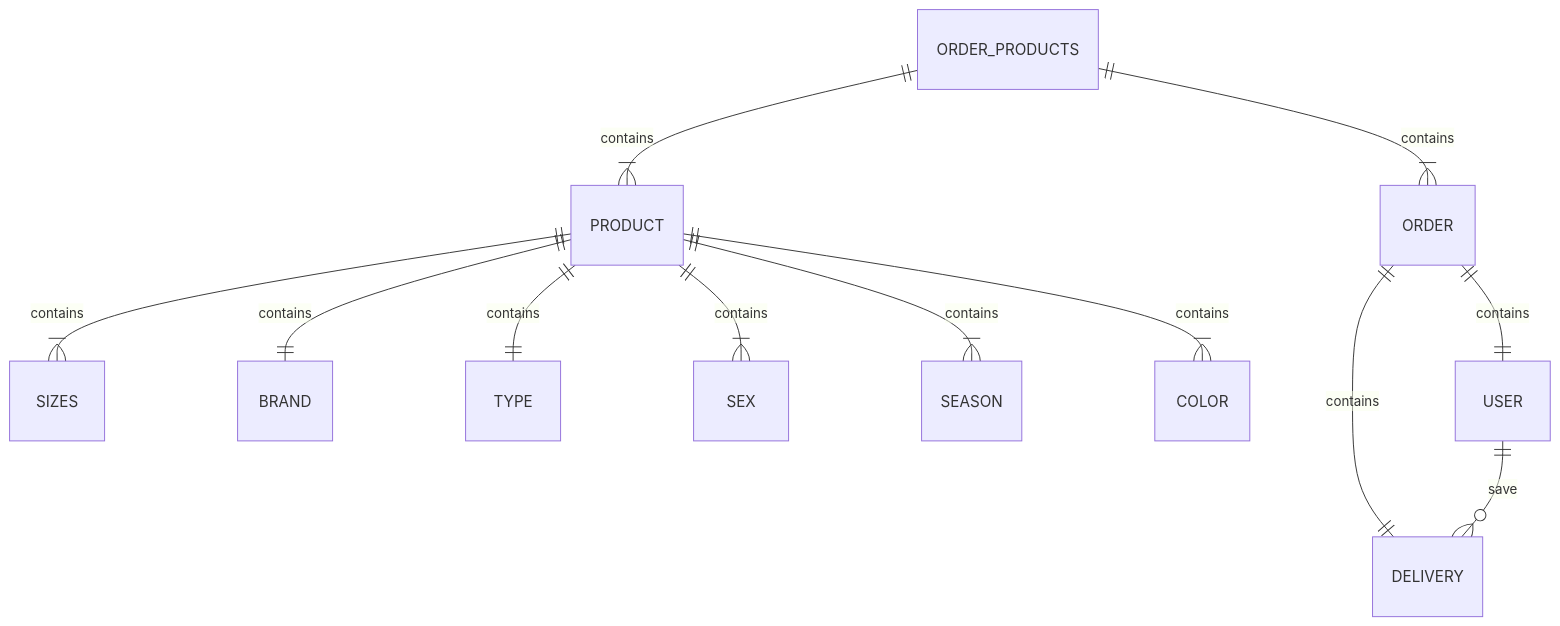
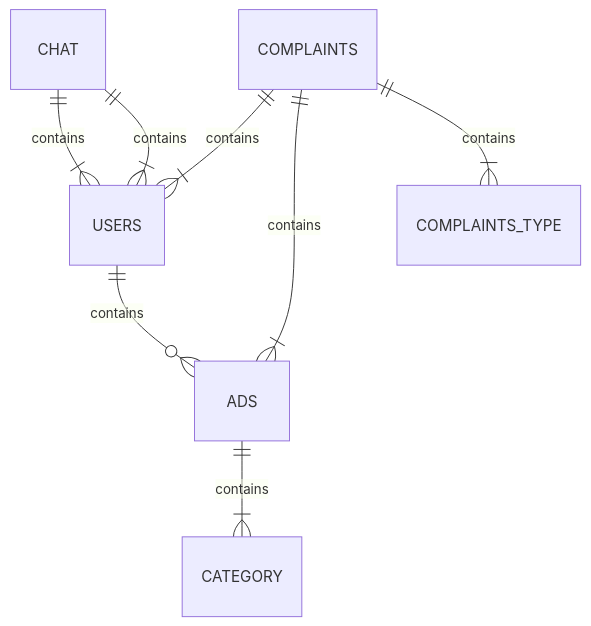
Before and after one commit to danila0sukhnyak/hps-store: the diagram in README.md, drawn with Mermaid. The commit also changed other lines of this file, not shown here.

````diff
--- a/README.md
+++ b/README.md
@@ -3,14 +3,11 @@
 ```mermaid
     erDiagram
-    PRODUCT ||--|{ SIZES :  contains
-    PRODUCT ||--|| BRAND :  contains
-    PRODUCT ||--|| TYPE :  contains
-    PRODUCT ||--|{ SEX :  contains
-    PRODUCT ||--|{ SEASON :  contains
-    PRODUCT ||--|{ COLOR :  contains
-    ORDER ||--|| DELIVERY : contains
-    ORDER ||--|| USER : contains
-    ORDER_PRODUCTS ||--|{ PRODUCT : contains
-    ORDER_PRODUCTS ||--|{ ORDER : contains
-    USER ||--o{ DELIVERY : save
+    CHAT ||--|{ USERS :  contains
+    USERS }|--|| CHAT :  contains
+    USERS ||--o{ ADS :  contains
+    ADS ||--|{ CATEGORY : contains
+    COMPLAINTS ||--|{ USERS : contains
+    COMPLAINTS ||--|{ ADS : contains
+    COMPLAINTS ||--|{ COMPLAINTS_TYPE : contains
+    
 ```
````
